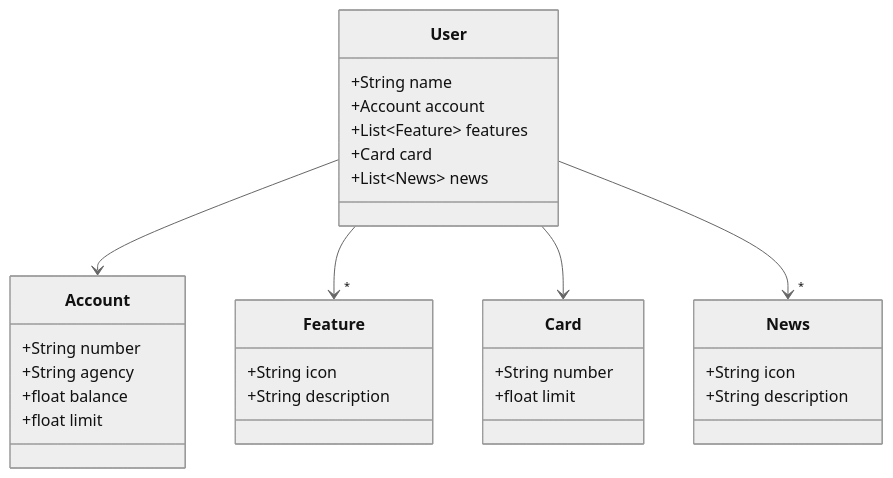
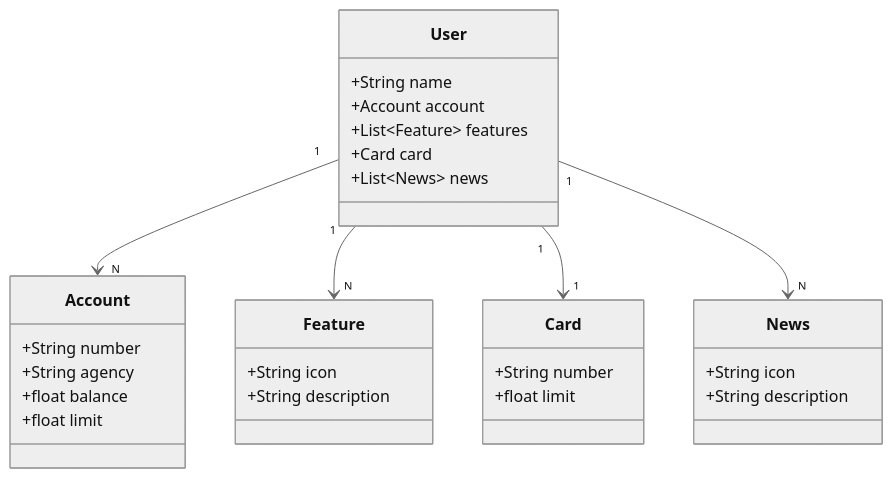
Before and after one commit to MatheusDarlyson/JavaRESTfulAPI: the diagram in README.md, drawn with Mermaid (neutral theme).

````diff
--- a/README.md
+++ b/README.md
@@ -3,37 +3,37 @@
 ```mermaid
 classDiagram
     class User {
         +String name
         +Account account
         +List~Feature~ features
         +Card card
         +List~News~ news
     }
 
     class Account {
         +String number
         +String agency
         +float balance
         +float limit
     }
 
     class Feature {
         +String icon
         +String description
     }
 
     class Card {
         +String number
         +float limit
     }
 
     class News {
         +String icon
         +String description
     }
 
-    User --> Account
-    User --> "*" Feature
-    User --> Card
-    User --> "*" News
+    User "1" --> "N" Account
+    User "1" --> "N" Feature
+    User "1" --> "1" Card
+    User "1" --> "N" News
 ```
````
